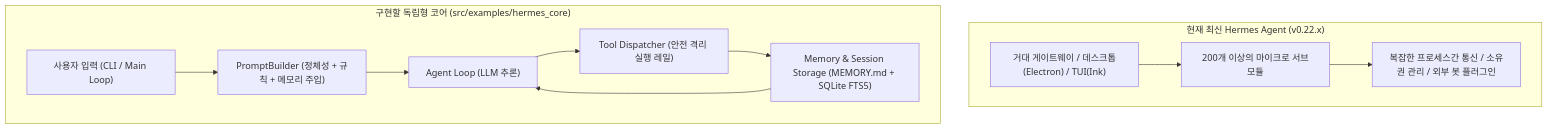
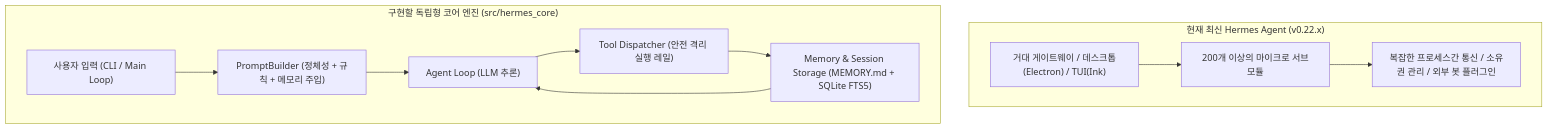
The first of 2 diagrams in docs/로드맵/01-헤르메스코어-예제구축/ROADMAP.md (RadiantCitron/hermes-agent-study), drawn with Mermaid before and after one commit. The commit also changed other lines of this file and 5 other files, not shown here.

Commit message:
docs(roadmap): align roadmap 01 layout to src/hermes_core per ADR-0001

````diff
--- a/docs/로드맵/01-헤르메스코어-예제구축/ROADMAP.md
+++ b/docs/로드맵/01-헤르메스코어-예제구축/ROADMAP.md
@@ -22,15 +22,15 @@
 ```mermaid
 flowchart TD
     subgraph AsIs["현재 최신 Hermes Agent (v0.22.x)"]
         A1["거대 게이트웨이 / 데스크톱(Electron) / TUI(Ink)"] --> A2["200개 이상의 마이크로 서브모듈"]
         A2 --> A3["복잡한 프로세스간 통신 / 소유권 관리 / 외부 봇 플러그인"]
     end
 
-    subgraph ToBe["구현할 독립형 코어 (src/examples/hermes_core)"]
+    subgraph ToBe["구현할 독립형 코어 엔진 (src/hermes_core)"]
         B1["사용자 입력 (CLI / Main Loop)"] --> B2["PromptBuilder (정체성 + 규칙 + 메모리 주입)"]
         B2 --> B3["Agent Loop (LLM 추론)"]
         B3 --> B4["Tool Dispatcher (안전 격리 실행 레일)"]
         B4 --> B5["Memory & Session Storage (MEMORY.md + SQLite FTS5)"]
         B5 --> B3
     end
 ```
````
